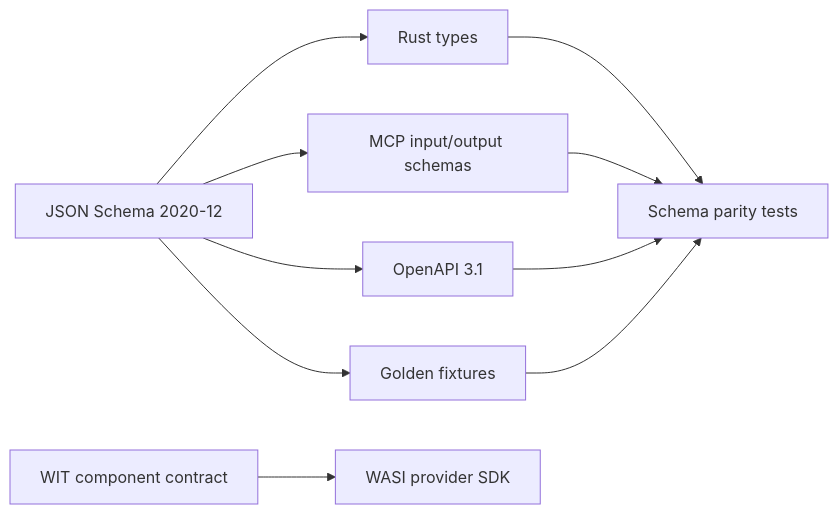
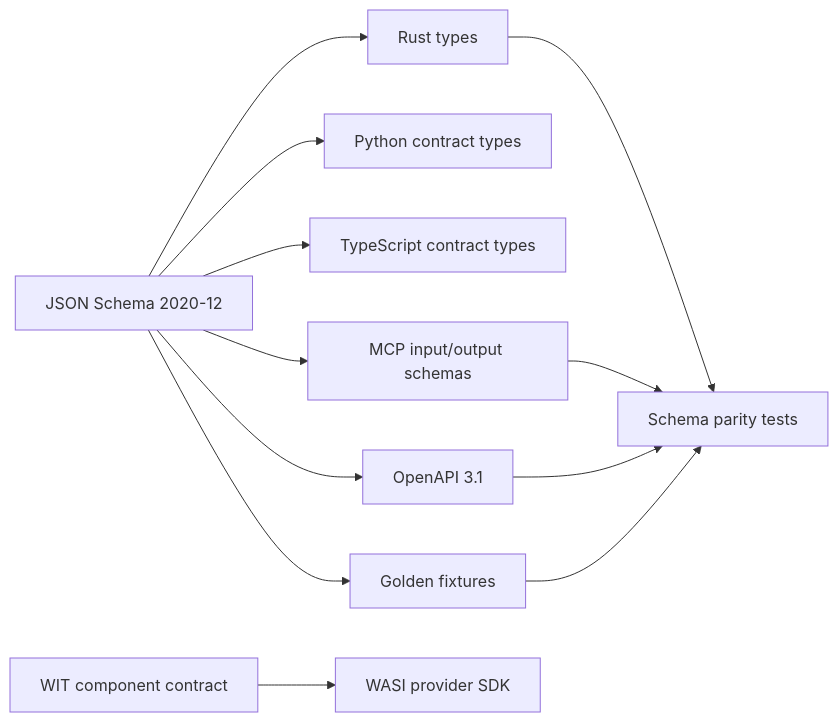
The diagram in docs/contracts.md (edithatogo/searchright), drawn with Mermaid before and after one commit. The commit also changed other lines of this file and 63 other files, not shown here.

````diff
--- a/docs/contracts.md
+++ b/docs/contracts.md
@@ -6,12 +9,14 @@
 ```mermaid
 flowchart LR
   SCHEMA[JSON Schema 2020-12] --> RUST[Rust types]
+  SCHEMA --> PY[Python contract types]
+  SCHEMA --> TS[TypeScript contract types]
   SCHEMA --> MCP[MCP input/output schemas]
   SCHEMA --> OPENAPI[OpenAPI 3.1]
   SCHEMA --> FIX[Golden fixtures]
   WIT[WIT component contract] --> PLUGIN[WASI provider SDK]
   RUST --> TEST[Schema parity tests]
   MCP --> TEST
   OPENAPI --> TEST
   FIX --> TEST
 ```
````
